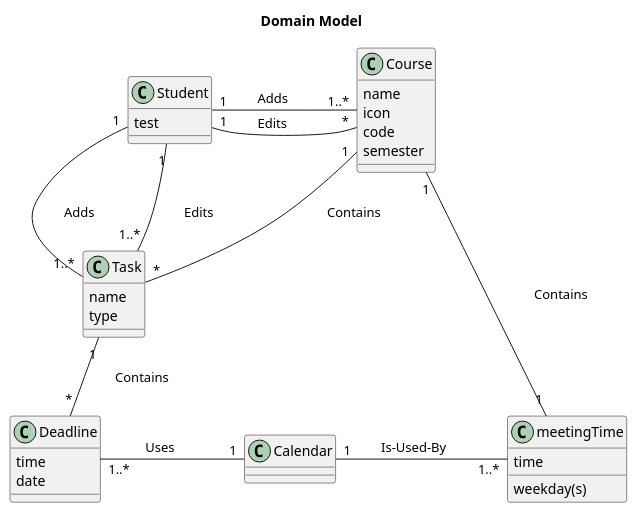
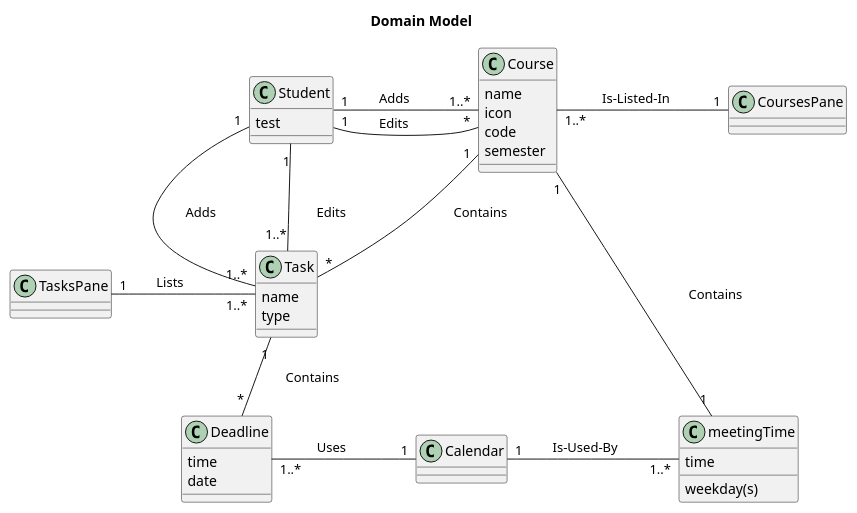
The diagram in doc/design.md (oolumuyiwa/planner), drawn with PlantUML before and after one commit.

````diff
--- a/doc/design.md
+++ b/doc/design.md
@@ -2,44 +2,50 @@
 ```plantuml
 @startuml
 title Domain Model
 
 
 'classes
 class Course{
 name
 icon
 code
 semester
 }
 class meetingTime{
 time
 weekday(s)
 }
 
 class Task{
 name
 type
 }
 class Deadline{
 time
 date
 }
 class Student{
 test
 }
+class TasksPane{
+}
+class CoursesPane{
+}
 class Calendar{
 }
 
 
 'associations
  Student "1" - "1..*" Course : \tAdds\t\t
  Student "1" - "*" Course : \tEdits\t\t
  Course "1" -down- "*" Task : \tContains\t\t
  Course "1" - "1" meetingTime : \tContains\t\t
  Student "1" - "1..*" Task : \tAdds\t\t
  Student "1" - "1..*" Task : \tEdits\t\t
  Task "1" -down- "*" Deadline : \tContains\t\t
  Calendar "1" -left- "1..*" Deadline : \tUses\t\t
-Calendar "1" - "1..*" meetingTime : \tIs-Used-By\t\t
+ Calendar "1" - "1..*" meetingTime : \tIs-Used-By\t\t
+ Task "1..*" -left- "1" TasksPane : \tLists\t\t
+ Course "1..*" -right- "1" CoursesPane : \tIs-Listed-In\t\t
 @enduml
 ```
````
